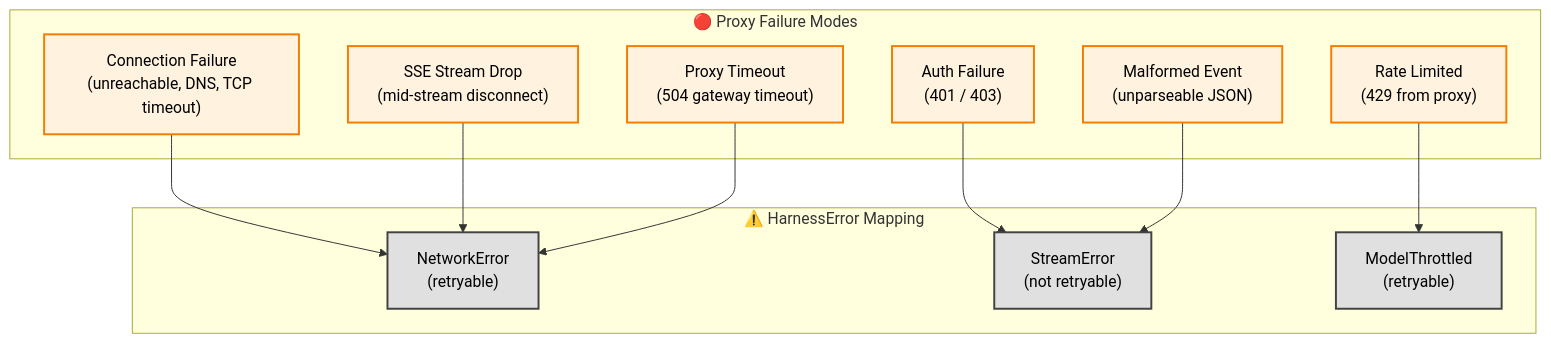
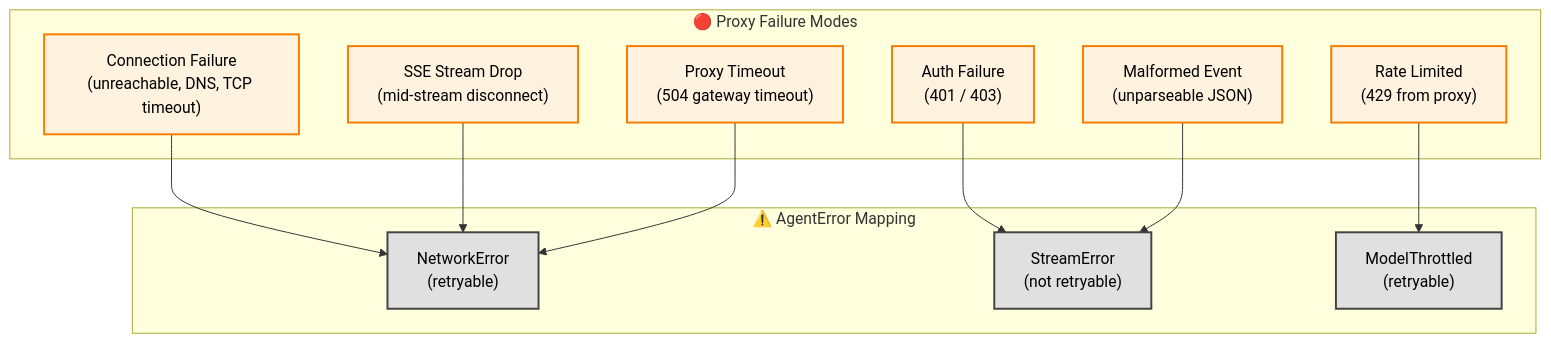
Before and after one commit to SuperSwinkAI/Swink-Agent: the eighth of 8 diagrams in docs/architecture/streaming/README.md, drawn with Mermaid. The commit also changed other lines of this file and 58 other files, not shown here.

First line of the commit message:
Rename project from agent-harness to swink-agent

````diff
--- a/docs/architecture/streaming/README.md
+++ b/docs/architecture/streaming/README.md
@@ -473,30 +473,30 @@
 ```mermaid
 flowchart TB
     subgraph Failures["🔴 Proxy Failure Modes"]
         ConnFail["Connection Failure<br/>(unreachable, DNS, TCP timeout)"]
         AuthFail["Auth Failure<br/>(401 / 403)"]
         StreamDrop["SSE Stream Drop<br/>(mid-stream disconnect)"]
         ProxyTimeout["Proxy Timeout<br/>(504 gateway timeout)"]
         Malformed["Malformed Event<br/>(unparseable JSON)"]
         RateLimit["Rate Limited<br/>(429 from proxy)"]
     end
 
-    subgraph ErrorTypes["⚠️ HarnessError Mapping"]
+    subgraph ErrorTypes["⚠️ AgentError Mapping"]
         NetErr["NetworkError<br/>(retryable)"]
         StreamErr["StreamError<br/>(not retryable)"]
         Throttled["ModelThrottled<br/>(retryable)"]
     end
 
     ConnFail --> NetErr
     StreamDrop --> NetErr
     ProxyTimeout --> NetErr
     AuthFail --> StreamErr
     Malformed --> StreamErr
     RateLimit --> Throttled
 
     classDef failStyle fill:#fff3e0,stroke:#f57c00,stroke-width:2px,color:#000
     classDef errStyle fill:#e0e0e0,stroke:#424242,stroke-width:2px,color:#000
 
     class ConnFail,AuthFail,StreamDrop,ProxyTimeout,Malformed,RateLimit failStyle
     class NetErr,StreamErr,Throttled errStyle
 ```
````
